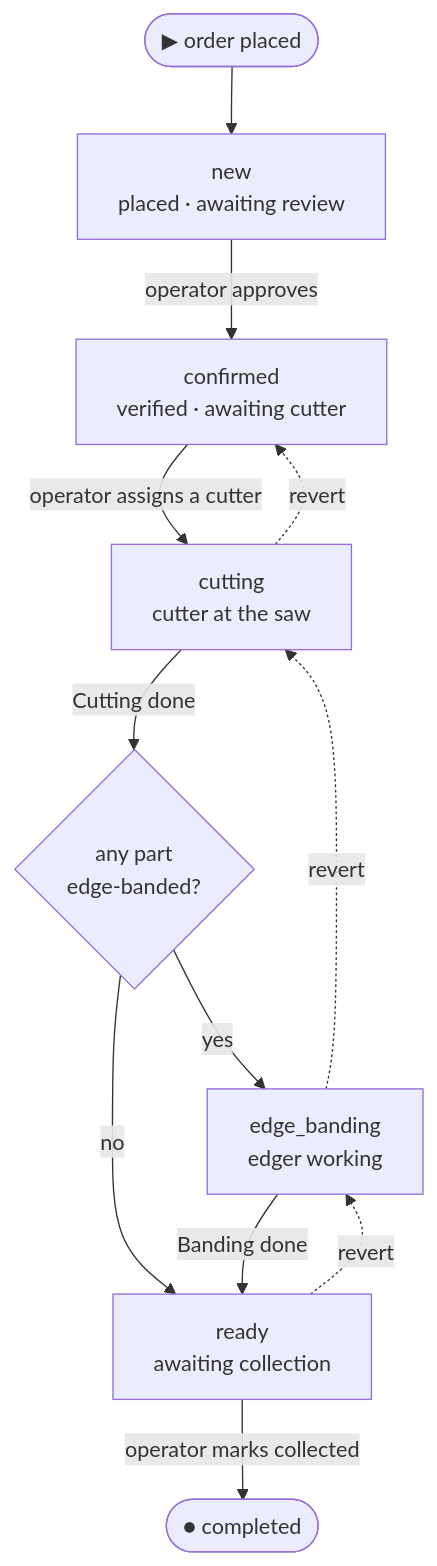
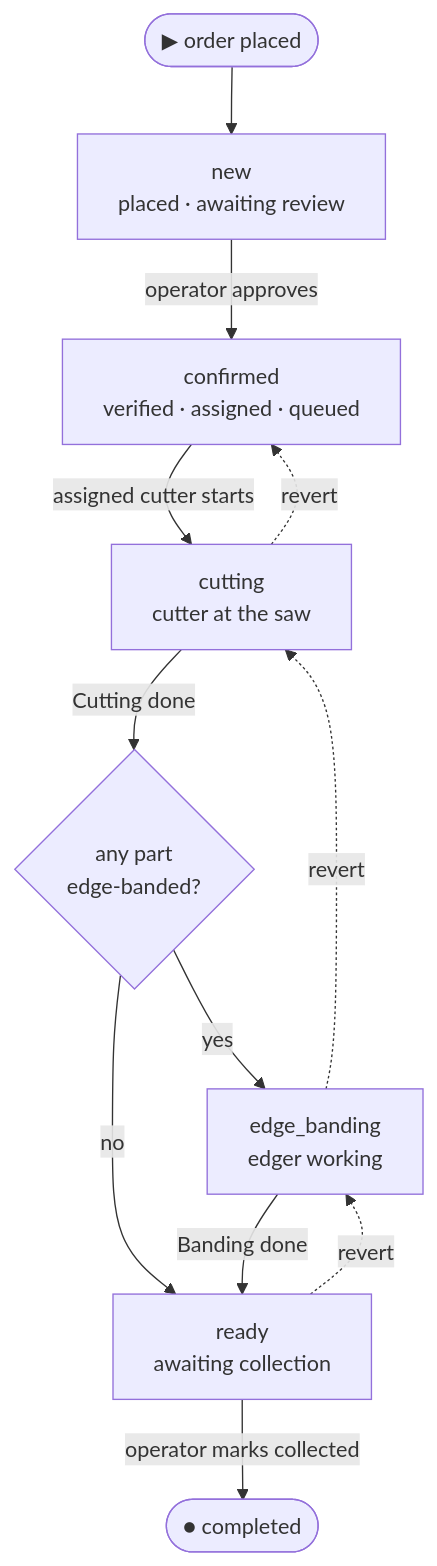
One commit to qadam-uz/mebel-pro changed the diagram in docs/ref/features/orders.md. Above: the diagram before and after it, drawn with Mermaid. The commit also changed other lines of this file and 9 other files, not shown here.

````diff
--- a/docs/ref/features/orders.md
+++ b/docs/ref/features/orders.md
@@ -105,15 +105,15 @@
 ```mermaid
 flowchart TD
     start([▶ order placed]) --> new[new<br/>placed · awaiting review]
-    new -->|operator approves| confirmed[confirmed<br/>verified · awaiting cutter]
-    confirmed -->|operator assigns a cutter| cutting[cutting<br/>cutter at the saw]
+    new -->|operator approves| confirmed[confirmed<br/>verified · assigned · queued]
+    confirmed -->|assigned cutter starts| cutting[cutting<br/>cutter at the saw]
     cutting -->|Cutting done| gate{any part<br/>edge-banded?}
     gate -->|yes| edge_banding[edge_banding<br/>edger working]
     gate -->|no| ready[ready<br/>awaiting collection]
     edge_banding -->|Banding done| ready
     ready -->|operator marks collected| done([● completed])
 
     cutting -. "revert" .-> confirmed
     edge_banding -. "revert" .-> cutting
     ready -. "revert" .-> edge_banding
 ```
````
